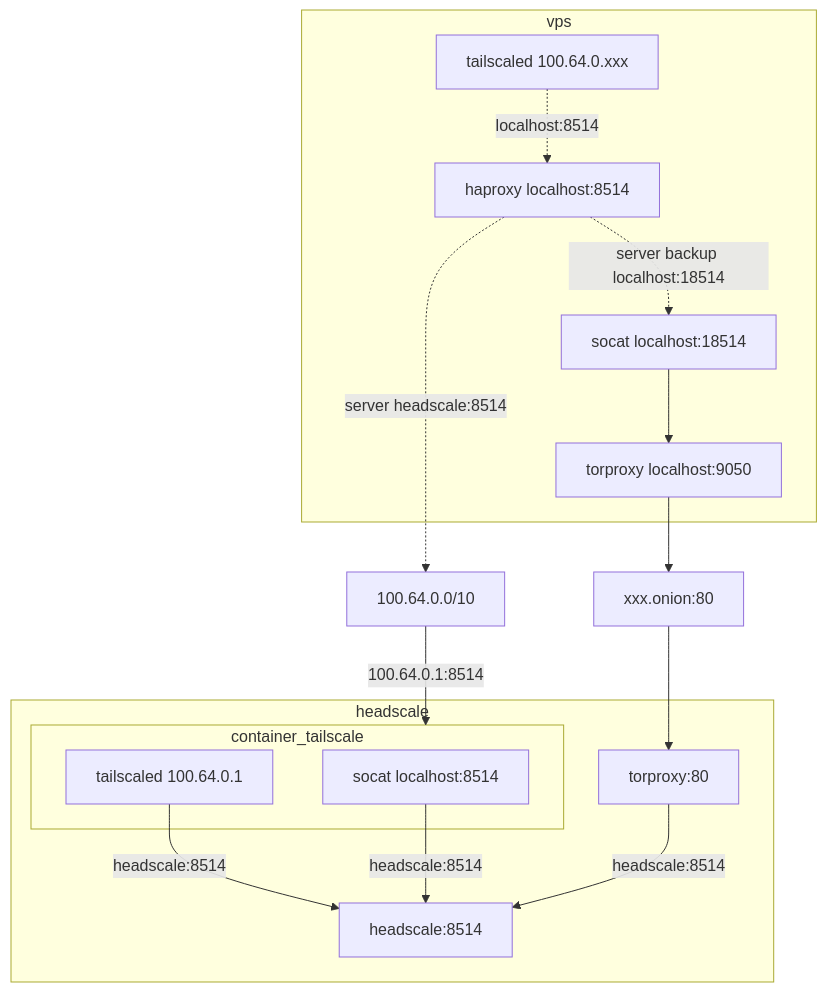
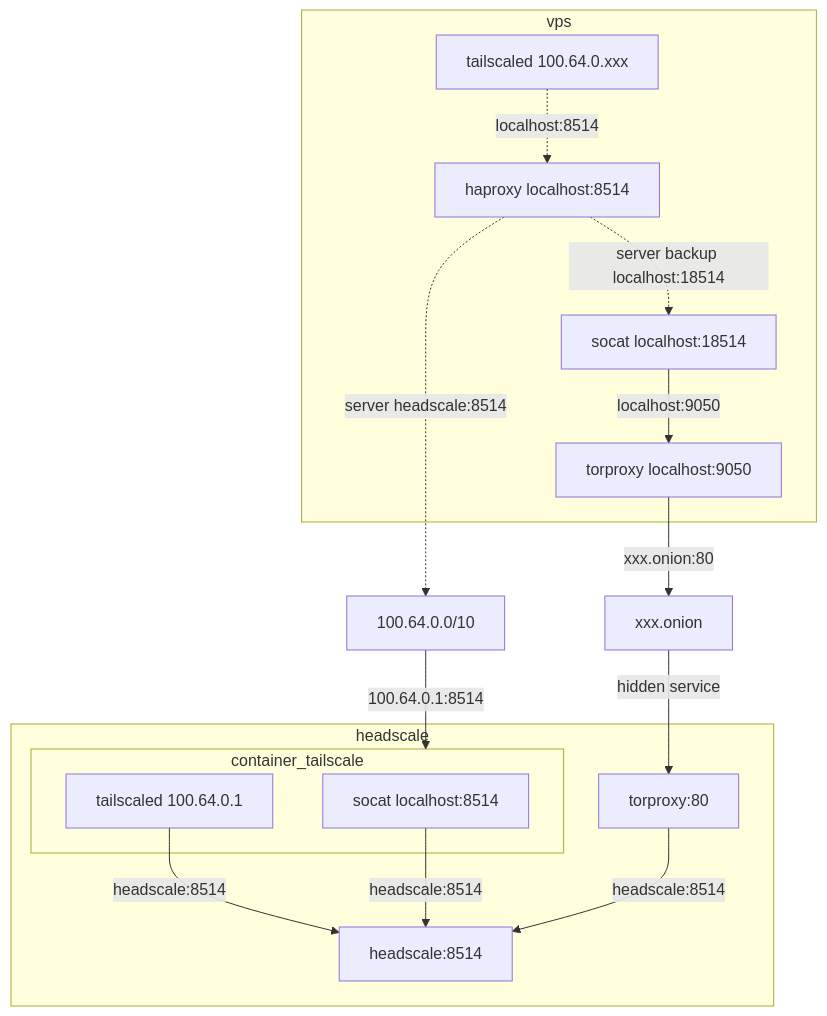
The diagram in README.md (andreygubarev/docker-compose-headscale), drawn with Mermaid before and after one commit.

Commit message:
add network details

````diff
--- a/README.md
+++ b/README.md
@@ -3,34 +3,35 @@
 ```mermaid
 flowchart TB
     subgraph vps
         vps_tailscale[tailscaled 100.64.0.xxx]
 
         vps_haproxy[haproxy localhost:8514]
         vps_socat[socat localhost:18514]
         vps_tor[torproxy localhost:9050]
     end
 
-    network_tor_hiddenservice[xxx.onion:80]
+    network_tor_hiddenservice[xxx.onion]
     network_tailscale[100.64.0.0/10]
 
     subgraph headscale
         container_headscale[headscale:8514]
         container_tor[torproxy:80]
         subgraph container_tailscale
             container_tailscale_socat[socat localhost:8514]
             container_tailscale_tailscale[tailscaled 100.64.0.1]
         end
         container_tailscale_tailscale -- headscale:8514 --> container_headscale
     end
 
     vps_tailscale -. localhost:8514 .-> vps_haproxy
     vps_haproxy -. server headscale:8514 .-> network_tailscale
     vps_haproxy -. server backup localhost:18514 .-> vps_socat
-    vps_socat --> vps_tor --> network_tor_hiddenservice
+    vps_socat -- localhost:9050 --> vps_tor
+    vps_tor -- xxx.onion:80 --> network_tor_hiddenservice
 
     container_tailscale_socat -- headscale:8514 --> container_headscale
     container_tor -- headscale:8514 --> container_headscale
 
     network_tailscale -- 100.64.0.1:8514 --> container_tailscale
-    network_tor_hiddenservice --> container_tor
+    network_tor_hiddenservice -- hidden service --> container_tor
 ```
````
